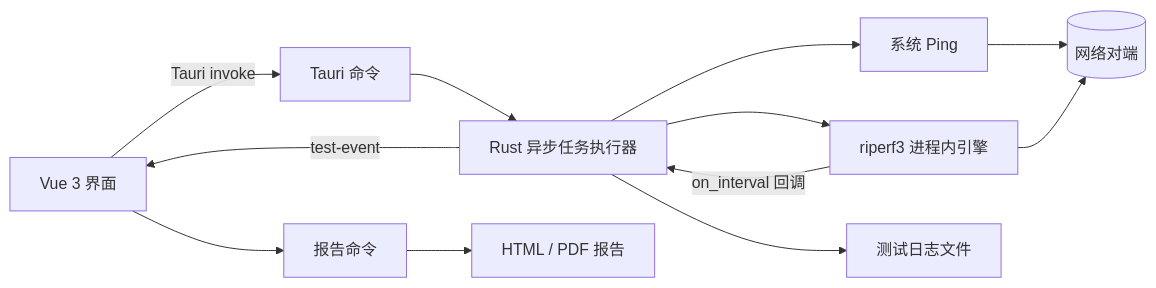
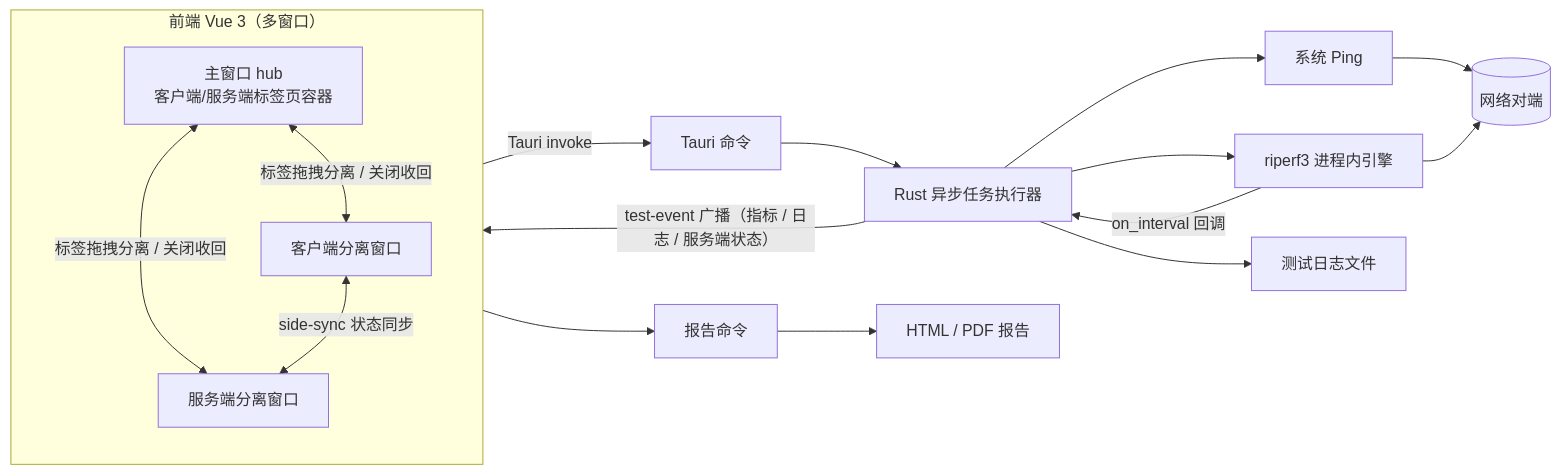
The diagram in README.zh-CN.md (KISSMonX/LinkGauge), drawn with Mermaid before and after one commit. The commit also changed other lines of this file and 1 other file, not shown here.

Commit message:
docs: add SSH support to TODO, update architecture diagram for multi-window

````diff
--- a/README.zh-CN.md
+++ b/README.zh-CN.md
@@ -35,14 +35,22 @@
 ```mermaid
 flowchart LR
-    UI[Vue 3 界面] -->|Tauri invoke| API[Tauri 命令]
+    subgraph UI["前端 Vue 3（多窗口）"]
+        HUB["主窗口 hub<br/>客户端/服务端标签页容器"]
+        CW["客户端分离窗口"]
+        SW["服务端分离窗口"]
+        HUB <-->|"标签拖拽分离 / 关闭收回"| CW
+        HUB <-->|"标签拖拽分离 / 关闭收回"| SW
+        CW <-->|"side-sync 状态同步"| SW
+    end
+    UI -->|Tauri invoke| API[Tauri 命令]
     API --> RUNNER[Rust 异步任务执行器]
     RUNNER --> PING[系统 Ping]
     RUNNER --> ENGINE[riperf3 进程内引擎]
     PING --> NETWORK[(网络对端)]
     ENGINE --> NETWORK
     ENGINE -->|on_interval 回调| RUNNER
-    RUNNER -->|test-event| UI
+    RUNNER -->|"test-event 广播（指标 / 日志 / 服务端状态）"| UI
     RUNNER --> LOGS[测试日志文件]
     UI --> REPORT[报告命令]
     REPORT --> OUTPUT[HTML / PDF 报告]
 ```
````
